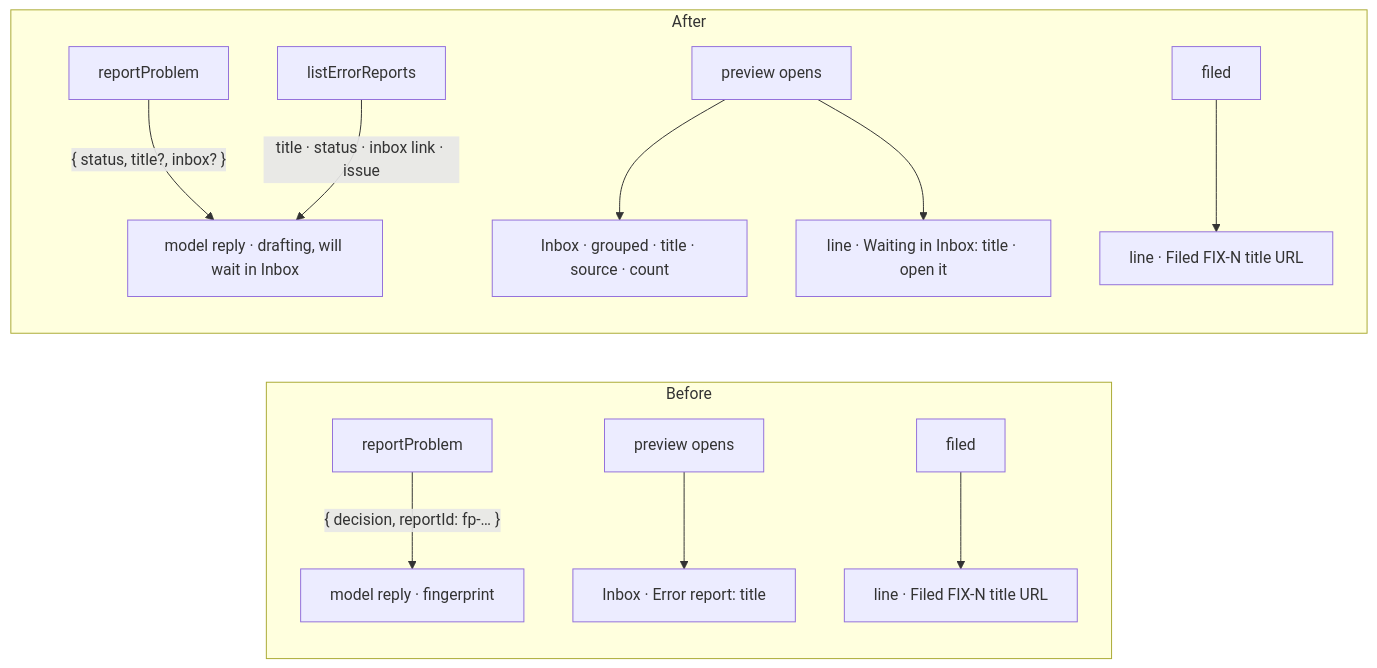
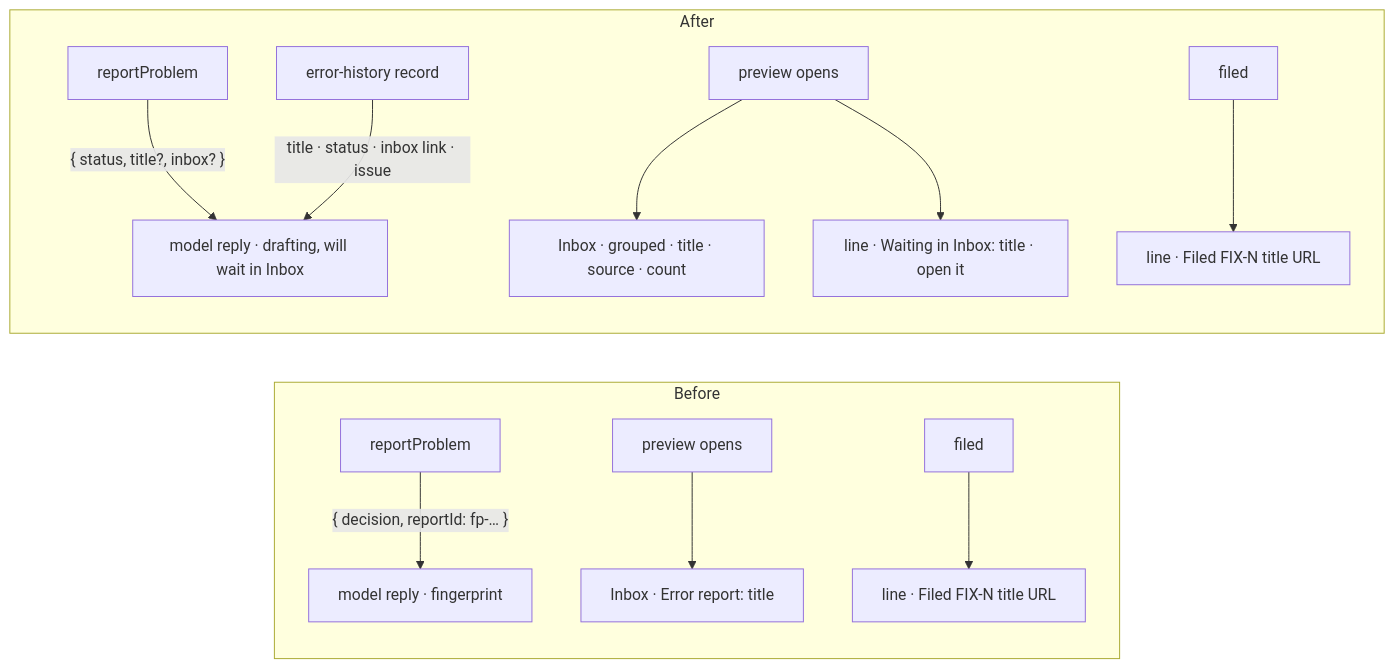
The second of 3 diagrams in specs/issues/FIX-2791/SPEC.md (fixpoint-labs/flow-state-dev), drawn with Mermaid before and after one commit. The commit also changed other lines of this file and 3 other files, not shown here.

````diff
--- a/specs/issues/FIX-2791/SPEC.md
+++ b/specs/issues/FIX-2791/SPEC.md
@@ -54,15 +54,15 @@
 ```mermaid
 flowchart LR
   subgraph Before
     RP1["reportProblem"] -->|"{ decision, reportId: fp-… }"| M1["model reply · fingerprint"]
     PV1["preview opens"] --> IN1["Inbox · Error report: title"]
     F1["filed"] --> L1["line · Filed FIX-N title URL"]
   end
   subgraph After
     RP2["reportProblem"] -->|"{ status, title?, inbox? }"| M2["model reply · drafting, will wait in Inbox"]
     PV2["preview opens"] --> IN2["Inbox · grouped · title · source · count"]
     PV2 --> L2a["line · Waiting in Inbox: title · open it"]
     F2["filed"] --> L2b["line · Filed FIX-N title URL"]
-    LT["listErrorReports"] -->|"title · status · inbox link · issue"| M2
+    LT["error-history record"] -->|"title · status · inbox link · issue"| M2
   end
 ```
````
